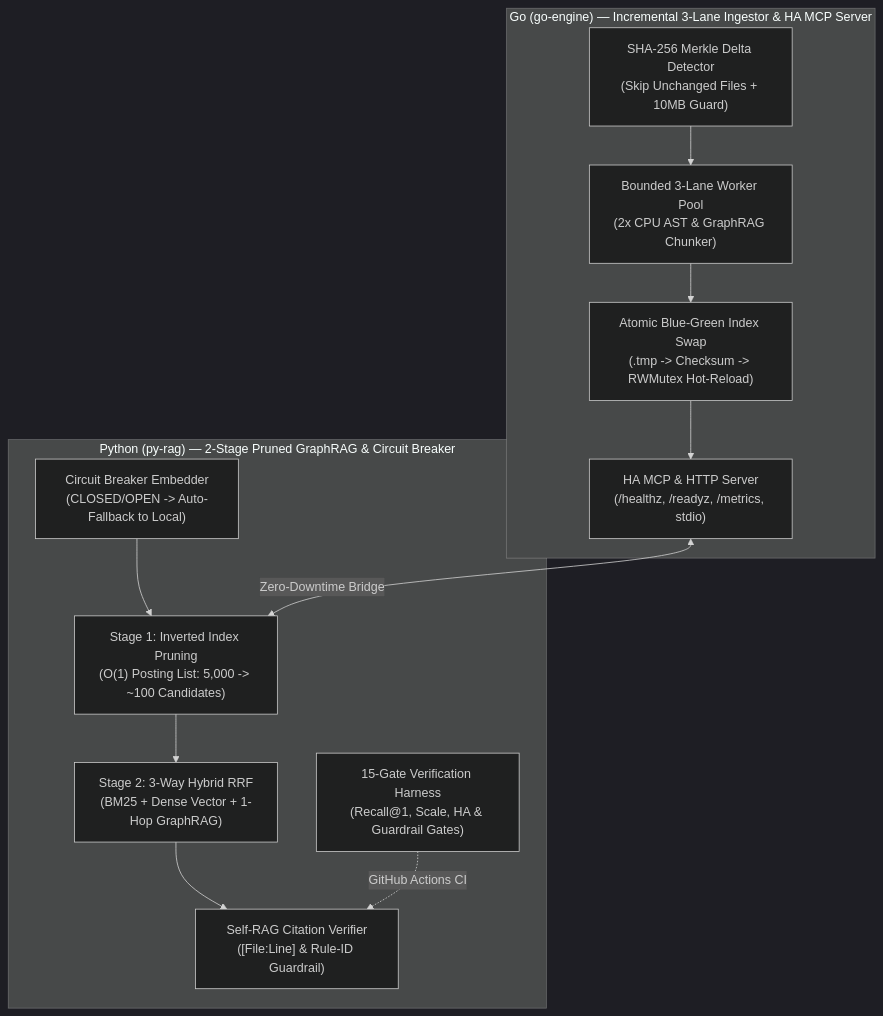
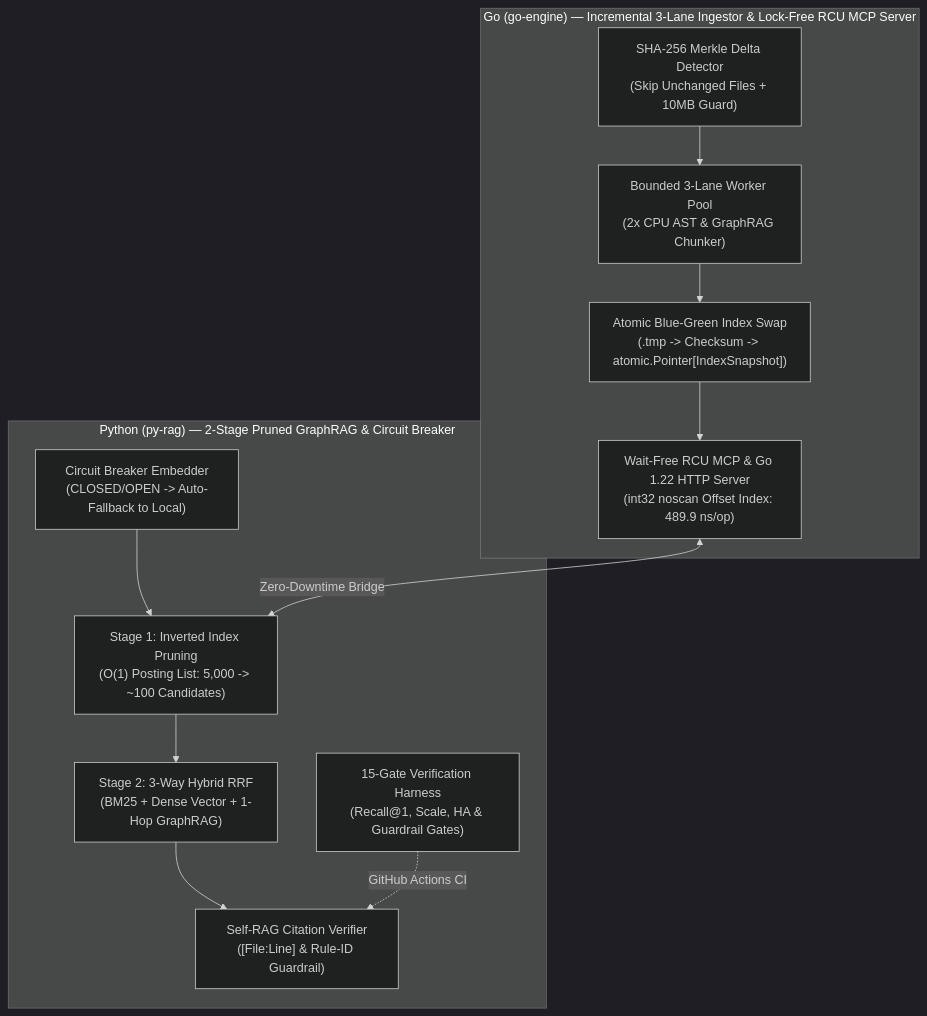
The diagram in README.md (bestguru/legacy-lens-rag), drawn with Mermaid (dark theme) before and after one commit. The commit also changed other lines of this file and 3 other files, not shown here.

Commit message:
feat(mcp): upgrade RWMutex to Wait-Free RCU atomic.Pointer[IndexSnapshot] & Zero-GC int32 Offset Index (1,073x speedup)

````diff
--- a/README.md
+++ b/README.md
@@ -33,22 +37,22 @@
 ```mermaid
 flowchart TB
-    subgraph Go_Tier ["Go (go-engine) — Incremental 3-Lane Ingestor & HA MCP Server"]
+    subgraph Go_Tier ["Go (go-engine) — Incremental 3-Lane Ingestor & Lock-Free RCU MCP Server"]
         Delta["SHA-256 Merkle Delta Detector\n(Skip Unchanged Files + 10MB Guard)"]
         Pool["Bounded 3-Lane Worker Pool\n(2x CPU AST & GraphRAG Chunker)"]
-        Atomic["Atomic Blue-Green Index Swap\n(.tmp -> Checksum -> RWMutex Hot-Reload)"]
-        MCP["HA MCP & HTTP Server\n(/healthz, /readyz, /metrics, stdio)"]
+        Atomic["Atomic Blue-Green Index Swap\n(.tmp -> Checksum -> atomic.Pointer[IndexSnapshot])"]
+        MCP["Wait-Free RCU MCP & Go 1.22 HTTP Server\n(int32 noscan Offset Index: 489.9 ns/op)"]
         Delta --> Pool --> Atomic --> MCP
     end
 
     subgraph Py_Tier ["Python (py-rag) — 2-Stage Pruned GraphRAG & Circuit Breaker"]
         CB["Circuit Breaker Embedder\n(CLOSED/OPEN -> Auto-Fallback to Local)"]
         Stage1["Stage 1: Inverted Index Pruning\n(O(1) Posting List: 5,000 -> ~100 Candidates)"]
         Stage2["Stage 2: 3-Way Hybrid RRF\n(BM25 + Dense Vector + 1-Hop GraphRAG)"]
         Guard["Self-RAG Citation Verifier\n([File:Line] & Rule-ID Guardrail)"]
         Harness["15-Gate Verification Harness\n(Recall@1, Scale, HA & Guardrail Gates)"]
         CB --> Stage1 --> Stage2 --> Guard
         Harness -.->|"GitHub Actions CI"| Guard
     end
 
     MCP <-->|"Zero-Downtime Bridge"| Stage1
 ```
````
